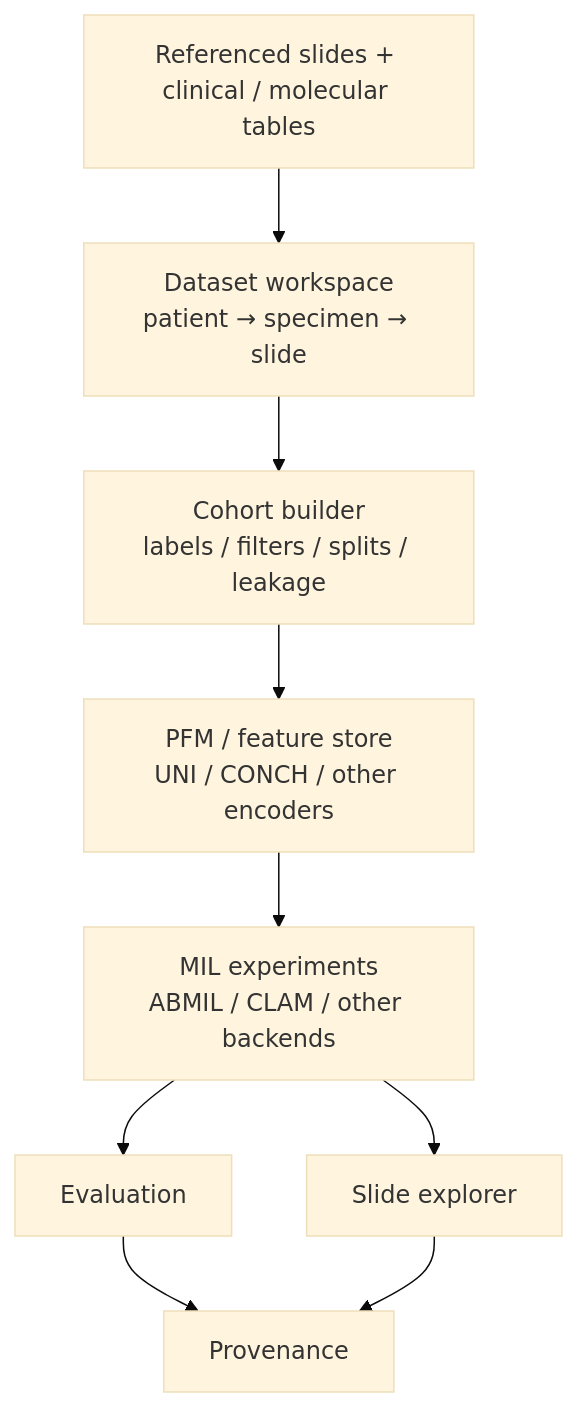
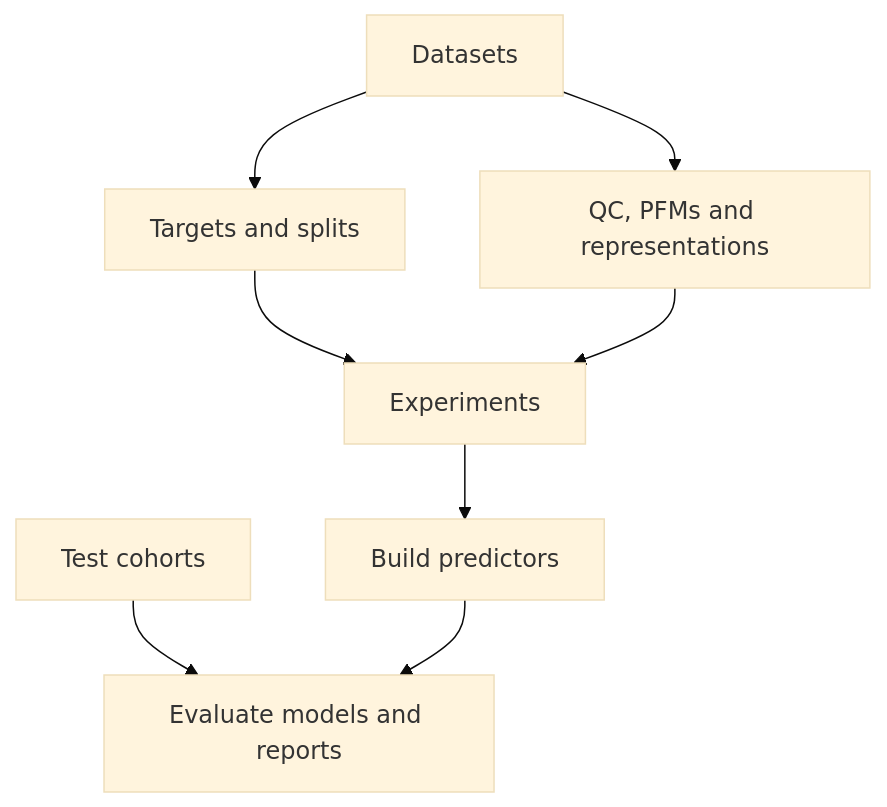
Before and after one commit to Lyce24/HistoPilot: the first of 2 diagrams in README.md, drawn with Mermaid (base theme). The commit also changed other lines of this file and 317 other files, not shown here.

````diff
--- a/README.md
+++ b/README.md
@@ -182,11 +245,10 @@
 ```mermaid
 flowchart TD
-    Inputs[Referenced slides + clinical / molecular tables] --> Dataset[Dataset workspace<br/>patient → specimen → slide]
-    Dataset --> Cohort[Cohort builder<br/>labels / filters / splits / leakage]
-    Cohort --> Features[PFM / feature store<br/>UNI / CONCH / other encoders]
-    Features --> Experiments[MIL experiments<br/>ABMIL / CLAM / other backends]
-    Experiments --> Evaluation[Evaluation]
-    Experiments --> Explorer[Slide explorer]
-    Evaluation --> Provenance[Provenance]
-    Explorer --> Provenance
+    D[Datasets] --> P[Targets and splits]
+    D --> F[QC, PFMs and representations]
+    P --> M[Experiments]
+    F --> M
+    M --> Q[Build predictors]
+    T[Test cohorts] --> E[Evaluate models and reports]
+    Q --> E
 ```
````
